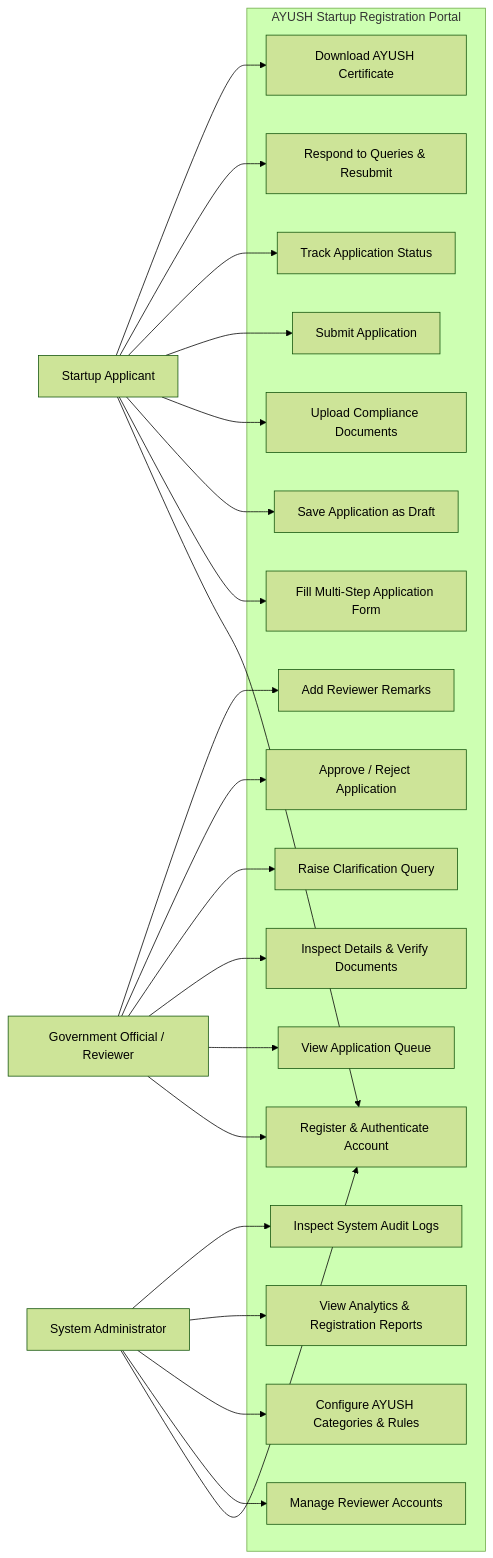
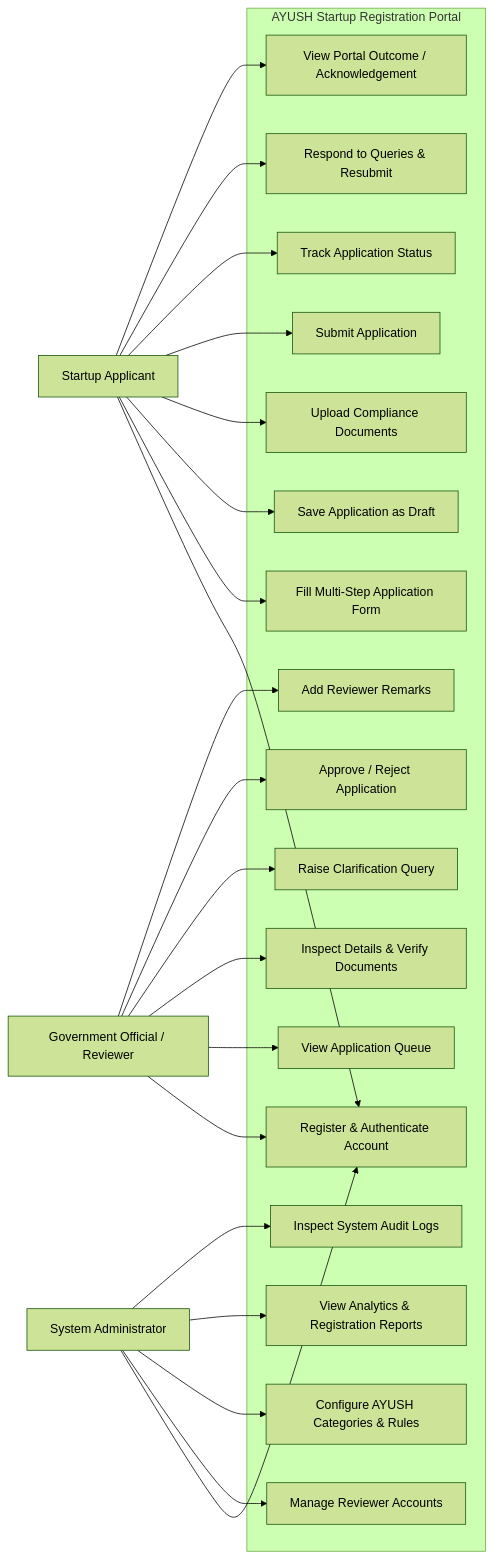
One commit to Prakhar-Jaiswal17/AYUSH-Startup-Registration-Portal changed the diagram in docs/user-roles.md. Above: the diagram before and after it, drawn with Mermaid (forest theme). The commit also changed other lines of this file and 17 other files, not shown here.

Commit message:
feat(frontend): prepare API client and clean up application flow

````diff
--- a/docs/user-roles.md
+++ b/docs/user-roles.md
@@ -105,55 +107,55 @@
 ```mermaid
 flowchart LR
     %% Actors
     Applicant["Startup Applicant"]
     Reviewer["Government Official / Reviewer"]
     Admin["System Administrator"]
 
     %% Use Cases Subgraph
     subgraph Portal["AYUSH Startup Registration Portal"]
         UC1["Register & Authenticate Account"]
         UC2["Fill Multi-Step Application Form"]
         UC3["Save Application as Draft"]
         UC4["Upload Compliance Documents"]
         UC5["Submit Application"]
         UC6["Track Application Status"]
         UC7["Respond to Queries & Resubmit"]
-        UC8["Download AYUSH Certificate"]
+        UC8["View Portal Outcome / Acknowledgement"]
 
         UC9["View Application Queue"]
         UC10["Inspect Details & Verify Documents"]
         UC11["Raise Clarification Query"]
         UC12["Approve / Reject Application"]
         UC13["Add Reviewer Remarks"]
 
         UC14["Manage Reviewer Accounts"]
         UC15["Configure AYUSH Categories & Rules"]
         UC16["View Analytics & Registration Reports"]
         UC17["Inspect System Audit Logs"]
     end
 
     %% Applicant Connections
     Applicant --> UC1
     Applicant --> UC2
     Applicant --> UC3
     Applicant --> UC4
     Applicant --> UC5
     Applicant --> UC6
     Applicant --> UC7
     Applicant --> UC8
 
     %% Reviewer Connections
     Reviewer --> UC1
     Reviewer --> UC9
     Reviewer --> UC10
     Reviewer --> UC11
     Reviewer --> UC12
     Reviewer --> UC13
 
     %% Admin Connections
     Admin --> UC1
     Admin --> UC14
     Admin --> UC15
     Admin --> UC16
     Admin --> UC17
 ```
````
